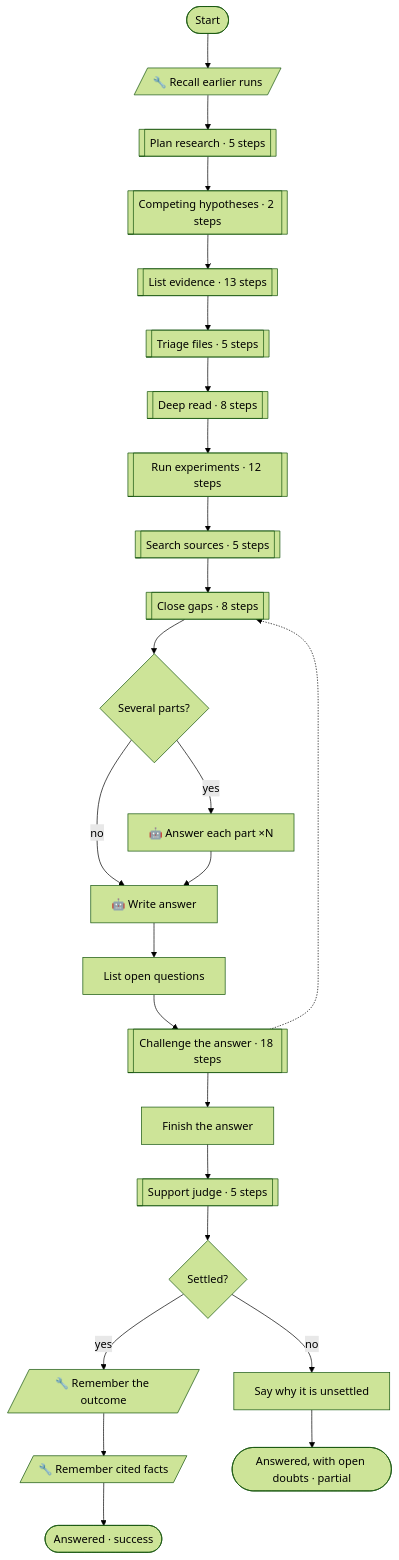
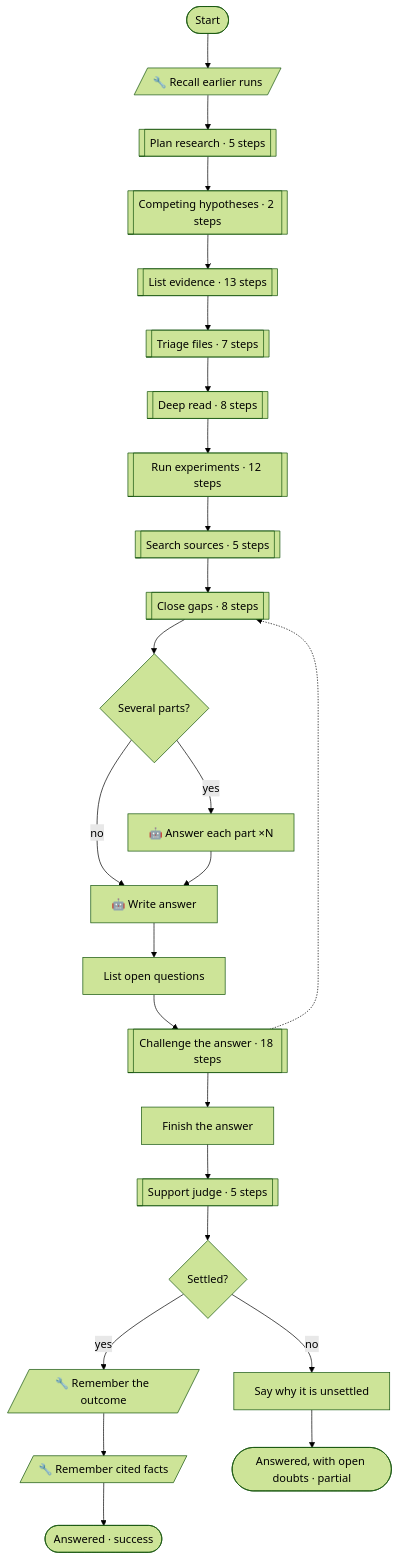
Before and after one commit to pirty6/symphony-core: the first of 7 diagrams in docs/patterns.md, drawn with Mermaid (forest theme). The commit also changed other lines of this file and 9 other files, not shown here.

````diff
--- a/docs/patterns.md
+++ b/docs/patterns.md
@@ -77,50 +80,50 @@
 ```mermaid
 flowchart TD
   n_start(["Start"])
   n_recall[/"🔧 Recall earlier runs"/]
   n_multiPart{"Several parts?"}
   n_answerParts["🤖 Answer each part ×N"]
   n_answer["🤖 Write answer"]
   n_listOpen["List open questions"]
   n_attachParts["Finish the answer"]
   n_settled{"Settled?"}
   n_noteDoubts["Say why it is unsettled"]
   n_learnAnswer[/"🔧 Remember the outcome"/]
   n_rememberCited[/"🔧 Remember cited facts"/]
   n_done(["Answered · success"])
   n_doubts(["Answered, with open doubts · partial"])
   n_planPhase[["Plan research · 5 steps"]]
   n_hypothesesPhase[["Competing hypotheses · 2 steps"]]
   n_listPhase[["List evidence · 13 steps"]]
-  n_triagePhase[["Triage files · 5 steps"]]
+  n_triagePhase[["Triage files · 7 steps"]]
   n_deepPhase[["Deep read · 8 steps"]]
   n_experimentPhase[["Run experiments · 12 steps"]]
   n_sourcePhase[["Search sources · 5 steps"]]
   n_gapPhase[["Close gaps · 8 steps"]]
   n_challengePhase[["Challenge the answer · 18 steps"]]
   n_judgePhase[["Support judge · 5 steps"]]
   n_start --> n_recall
   n_recall --> n_planPhase
   n_planPhase --> n_hypothesesPhase
   n_hypothesesPhase --> n_listPhase
   n_listPhase --> n_triagePhase
   n_triagePhase --> n_deepPhase
   n_deepPhase --> n_experimentPhase
   n_experimentPhase --> n_sourcePhase
   n_sourcePhase --> n_gapPhase
   n_gapPhase --> n_multiPart
   n_multiPart -->|"yes"| n_answerParts
   n_multiPart -->|"no"| n_answer
   n_answerParts --> n_answer
   n_answer --> n_listOpen
   n_listOpen --> n_challengePhase
   n_challengePhase --> n_attachParts
   n_challengePhase -.-> n_gapPhase
   n_attachParts --> n_judgePhase
   n_judgePhase --> n_settled
   n_settled -->|"yes"| n_learnAnswer
   n_settled -->|"no"| n_noteDoubts
   n_learnAnswer --> n_rememberCited
   n_rememberCited --> n_done
   n_noteDoubts --> n_doubts
 ```
````
